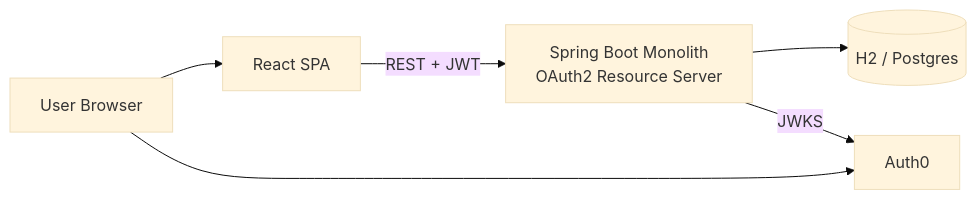
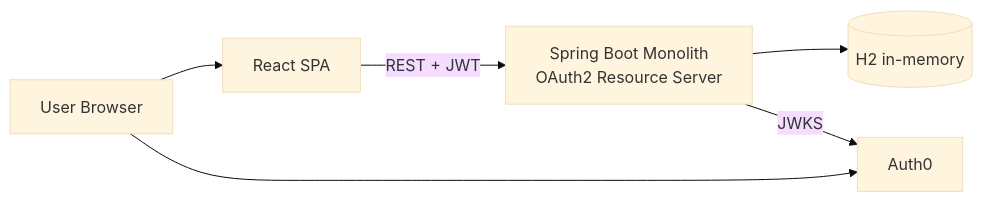
One commit to DSBAENAR/microservices-twitter-auth0 changed the second of 2 diagrams in README.md. Above: the diagram before and after it, drawn with Mermaid (base theme). The commit also changed other lines of this file, not shown here.

````diff
--- a/README.md
+++ b/README.md
@@ -66,7 +82,7 @@
 ```mermaid
 flowchart LR
     U[User Browser] --> F[React SPA] -->|REST + JWT| M[Spring Boot Monolith<br/>OAuth2 Resource Server]
     U --> A[Auth0]
-    M --> DB[(H2 / Postgres)]
+    M --> DB[(H2 in-memory)]
     M -->|JWKS| A
 ```
````
